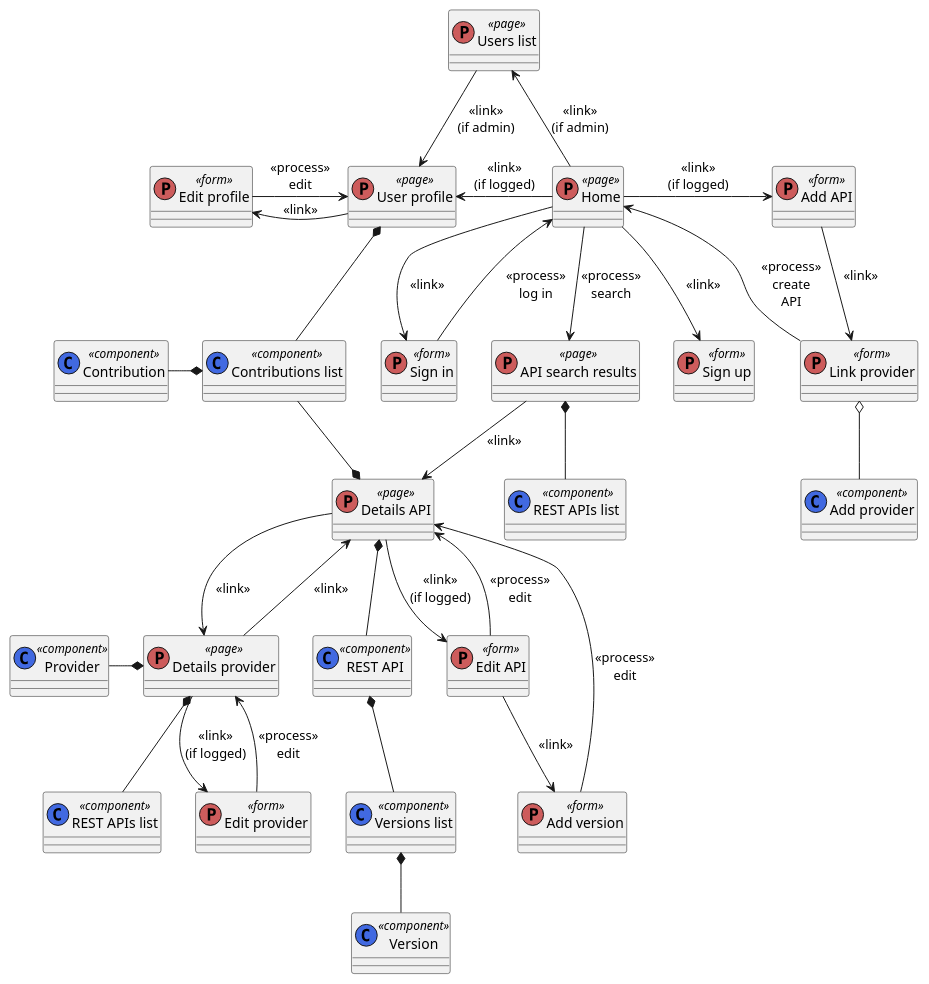
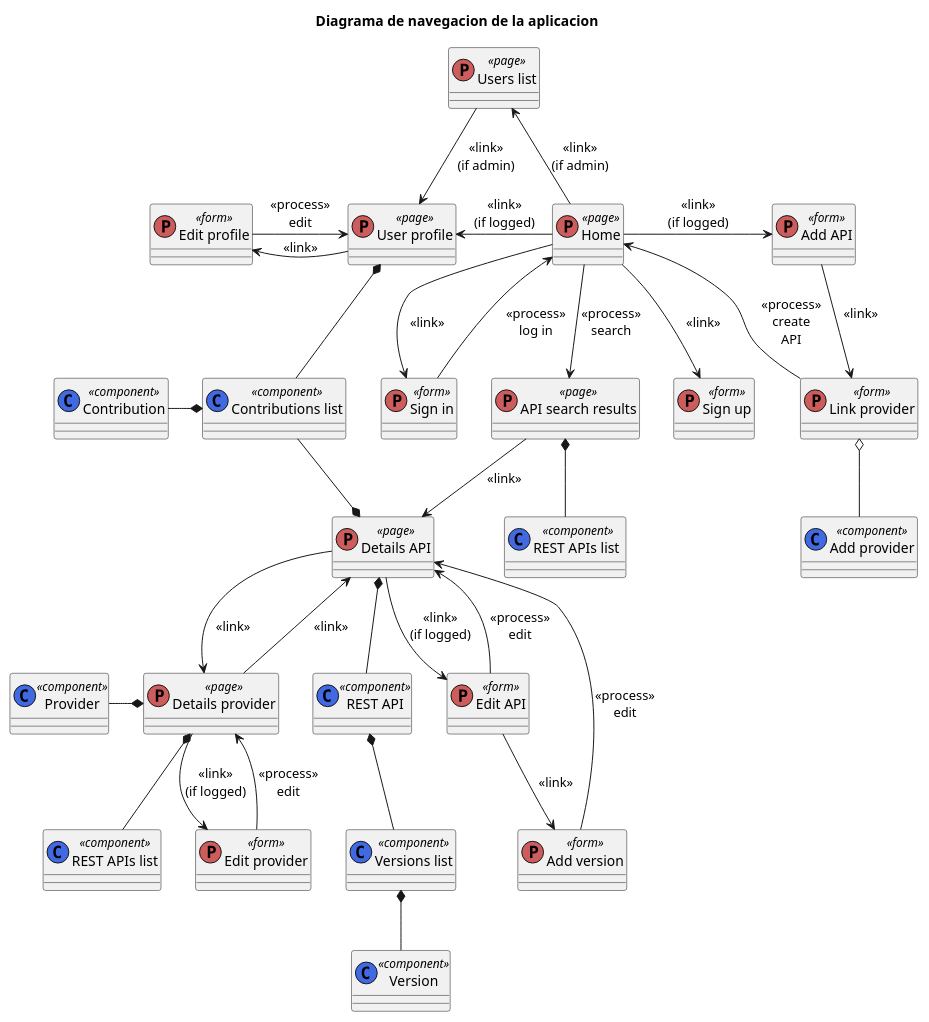
One commit to tonen100/TFM_Front_RepositorioServiciosWebEnriquecidos changed the diagram in doc/dn.plantuml. Above: the diagram before and after it, drawn with PlantUML. The commit also changed 4 other files, not shown here.

Commit message:
Add auth sequence diagram

```diff
--- a/doc/dn.plantuml
+++ b/doc/dn.plantuml
@@ -1,57 +1,60 @@
 @startuml
+
+title Diagrama de navegacion de la aplicacion
+
 class "Home" <<(P,IndianRed) page>>
 class "API search results" <<(P,IndianRed) page>>
 class "Details API" <<(P,IndianRed) page>>
 class "Sign up" <<(P,IndianRed) form>>
 class "Sign in" <<(P,IndianRed) form>>
 class "Details provider" <<(P,IndianRed) page>>
 class "REST APIs list" <<(C,RoyalBlue) component>>
 class "REST APIs list " <<(C,RoyalBlue) component>>
 class "REST API" <<(C,RoyalBlue) component>>
 class "Versions list" <<(C,RoyalBlue) component>>
 class "Version" <<(C,RoyalBlue) component>>
 class "Provider" <<(C,RoyalBlue) component>>
 class "User profile" <<(P,IndianRed) page>>
 class "Edit profile" <<(P,IndianRed) form>>
 class "Contributions list" <<(C,RoyalBlue) component>>
 class "Link provider" <<(P,IndianRed) form>>
 class "Add provider" <<(C,RoyalBlue) component>>
 class "Edit provider" <<(P,IndianRed) form>>
 class "Contribution" <<(C,RoyalBlue) component>>
 class "Add API" <<(P,IndianRed) form>>
 class "Edit API" <<(P,IndianRed) form>>
 class "Add version" <<(P,IndianRed) form>>
 class "Users list" <<(P,IndianRed) page>>
 
 "Home" --> "API search results": <<process>>\nsearch
 "Home" --> "Sign up": <<link>>
 "Home" --> "Sign in": <<link>>
 "Sign in" --> "Home": <<process>>\nlog in
 "Home" -left-> "User profile": <<link>>\n(if logged)
 "User profile" -left-> "Edit profile": <<link>>
 "Edit profile" -right-> "User profile": <<process>>\nedit
 "User profile" *-- "Contributions list"
 "Home" -right-> "Add API": <<link>>\n(if logged)
 "Add API" --> "Link provider": <<link>>\n
 "Link provider" o-- "Add provider"
 "Link provider" --> "Home": <<process>>\ncreate\nAPI
 "API search results" --> "Details API": <<link>>
 "API search results" *-- "REST APIs list "
 "Details API" --> "Details provider": <<link>>
 "Details API" *-- "REST API"
 "Details API" --> "Edit API": <<link>>\n(if logged)
 "Edit API" --> "Details API": <<process>>\nedit
 "Edit API" --> "Add version": <<link>>
 "Add version" --> "Details API": <<process>>\nedit
 "Details API" *-up- "Contributions list"
 "REST API" *-- "Versions list"
 "Versions list" *-- "Version"
 "Contributions list" *-left- "Contribution"
 "Details provider" *-left- "Provider"
 "Details provider" *-- "REST APIs list"
 "Details provider" --> "Details API": <<link>>
 "Details provider" --> "Edit provider": <<link>>\n(if logged)
 "Edit provider" --> "Details provider": <<process>>\nedit
 "Home" -up-> "Users list": <<link>>\n(if admin)
 "Users list" --> "User profile": <<link>>\n(if admin)
 @enduml
```
